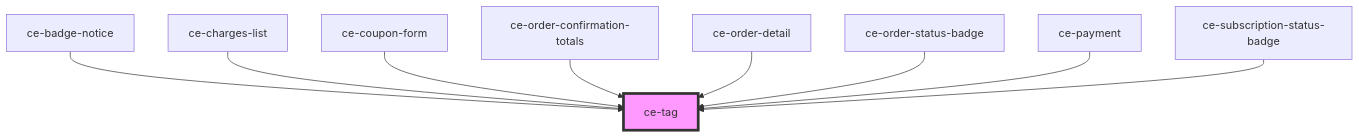
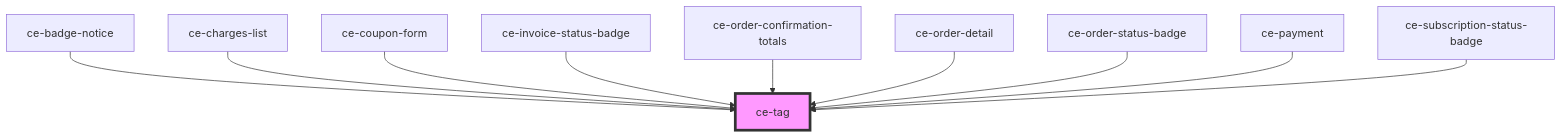
Before and after one commit to surecart/surecart-wp-plugin: the diagram in packages/components/src/components/ui/tag/readme.md, drawn with Mermaid. The commit also changed other lines of this file and 78 other files, not shown here.

````diff
--- a/packages/components/src/components/ui/tag/readme.md
+++ b/packages/components/src/components/ui/tag/readme.md
@@ -47,12 +48,13 @@
 ```mermaid
 graph TD;
   ce-badge-notice --> ce-tag
   ce-charges-list --> ce-tag
   ce-coupon-form --> ce-tag
+  ce-invoice-status-badge --> ce-tag
   ce-order-confirmation-totals --> ce-tag
   ce-order-detail --> ce-tag
   ce-order-status-badge --> ce-tag
   ce-payment --> ce-tag
   ce-subscription-status-badge --> ce-tag
   style ce-tag fill:#f9f,stroke:#333,stroke-width:4px
 ```
````
